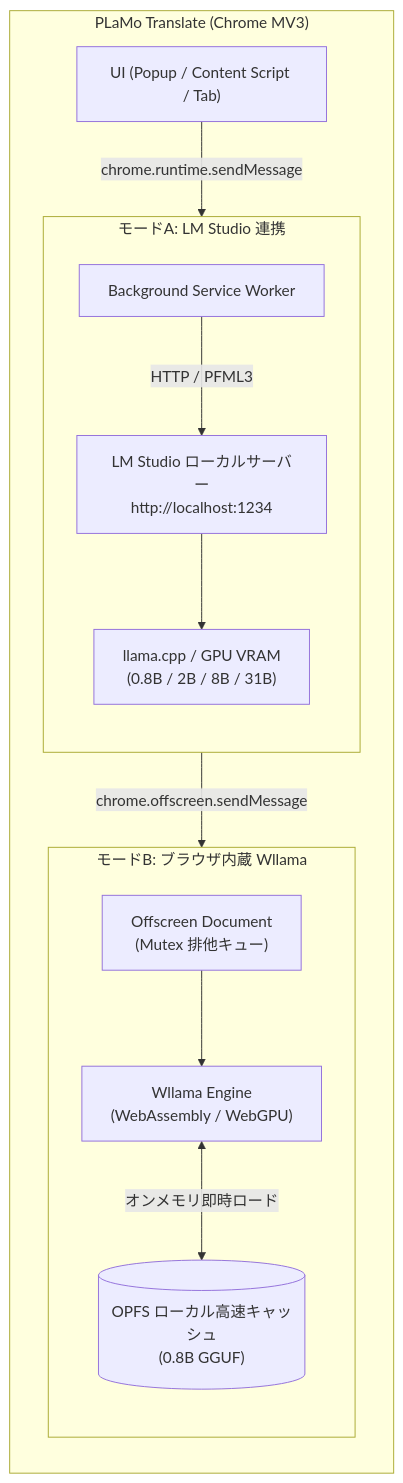
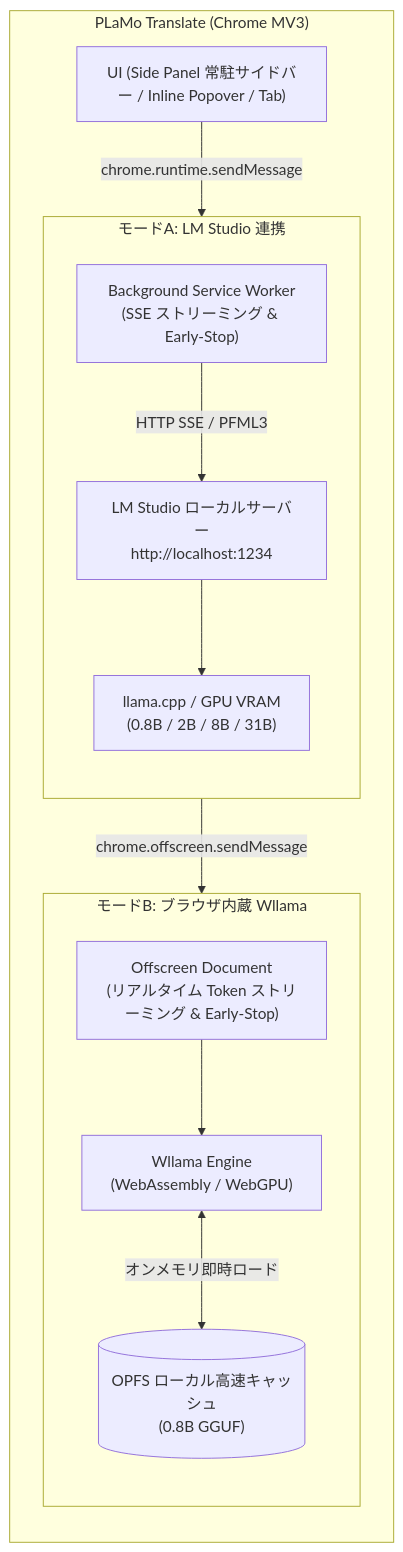
Before and after one commit to highants/PLaMo_Translate_EX: the diagram in README.md, drawn with Mermaid. The commit also changed other lines of this file and 13 other files, not shown here.

Commit message:
refactor: upgrade UI to persistent side panel with real-time SSE streaming and resizable inline popover

````diff
--- a/README.md
+++ b/README.md
@@ -15,30 +15,30 @@
 ```mermaid
 flowchart TB
     subgraph EXT["PLaMo Translate (Chrome MV3)"]
         direction TB
-        UI["UI (Popup / Content Script / Tab)"]
+        UI["UI (Side Panel 常駐サイドバー / Inline Popover / Tab)"]
         
         subgraph MODEA["モードA: LM Studio 連携"]
             direction TB
-            BG["Background Service Worker"]
+            BG["Background Service Worker<br/>(SSE ストリーミング & Early-Stop)"]
             LMS["LM Studio ローカルサーバー<br/>http://localhost:1234"]
             LLM_A["llama.cpp / GPU VRAM<br/>(0.8B / 2B / 8B / 31B)"]
             
-            BG -->|HTTP / PFML3| LMS
+            BG -->|HTTP SSE / PFML3| LMS
             LMS --> LLM_A
         end
 
         subgraph MODEB["モードB: ブラウザ内蔵 Wllama"]
             direction TB
-            OFF["Offscreen Document<br/>(Mutex 排他キュー)"]
+            OFF["Offscreen Document<br/>(リアルタイム Token ストリーミング & Early-Stop)"]
             WLLAMA["Wllama Engine<br/>(WebAssembly / WebGPU)"]
             OPFS[("OPFS ローカル高速キャッシュ<br/>(0.8B GGUF)")]
             
             OFF --> WLLAMA
             WLLAMA <-->|オンメモリ即時ロード| OPFS
         end
 
         UI -->|chrome.runtime.sendMessage| BG
         BG -->|chrome.offscreen.sendMessage| OFF
     end
 ```
````
